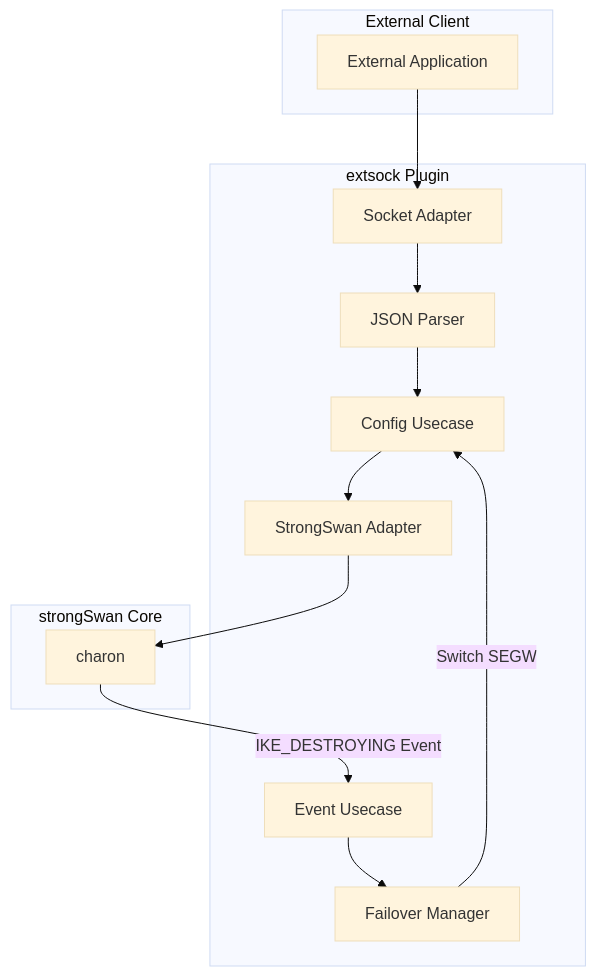
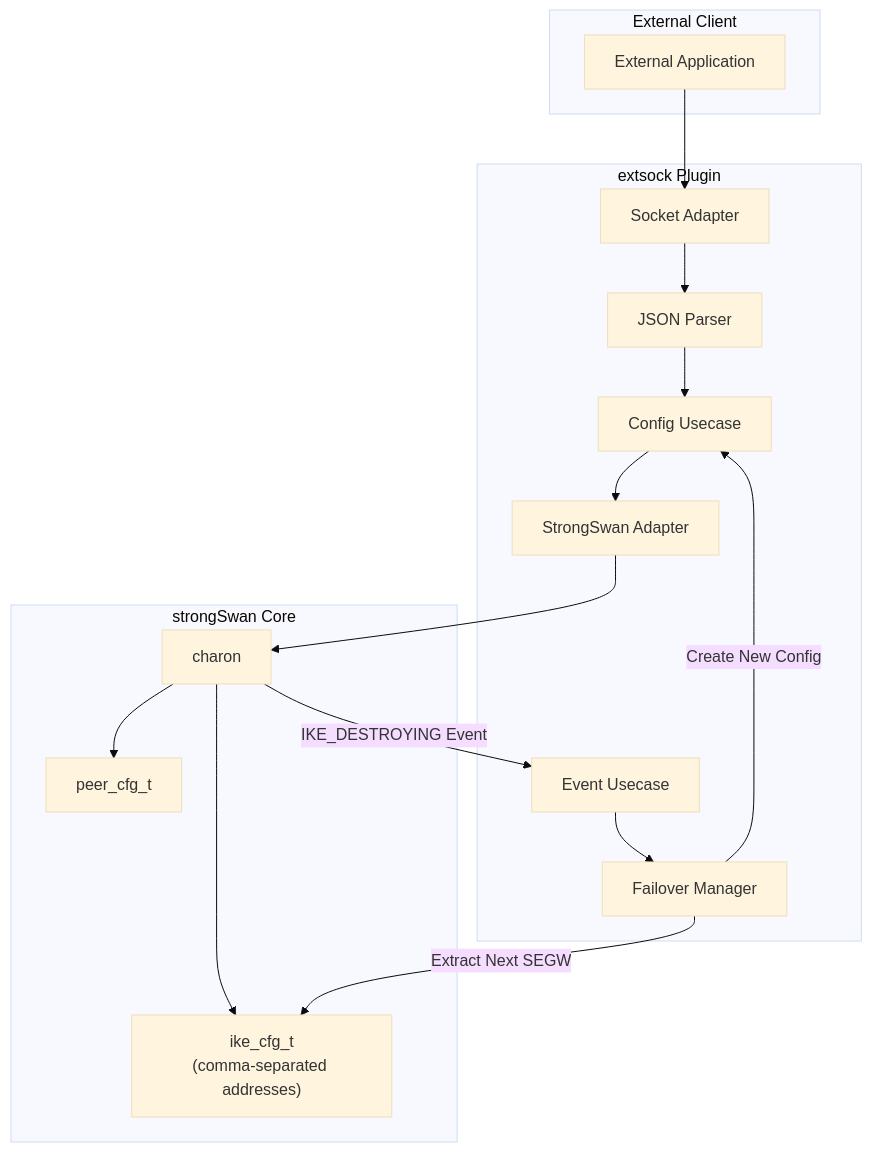
The first of 3 diagrams in src/libcharon/plugins/extsock/design/2nd_segw/2nd_segw_design.md (JiHuDad/strongswan), drawn with Mermaid (base theme) before and after one commit. The commit also changed other lines of this file, not shown here.

First line of the commit message:
Enhance design documentation for 2nd SEGW support in extsock plugin

````diff
--- a/src/libcharon/plugins/extsock/design/2nd_segw/2nd_segw_design.md
+++ b/src/libcharon/plugins/extsock/design/2nd_segw/2nd_segw_design.md
@@ -22,25 +144,30 @@
 ```mermaid
 graph TB
     subgraph "External Client"
         A["External Application"]
     end
     subgraph "extsock Plugin"
         B["Socket Adapter"]
         C["Config Usecase"]
         D["Event Usecase"]
         E["Failover Manager"]
         F["JSON Parser"]
         G["StrongSwan Adapter"]
     end
     subgraph "strongSwan Core"
         H["charon"]
+        I["ike_cfg_t<br/>(comma-separated addresses)"]
+        J["peer_cfg_t"]
     end
     A --> B
     B --> F
     F --> C
     C --> G
     G --> H
+    H --> I
+    H --> J
     H -- "IKE_DESTROYING Event" --> D
     D --> E
-    E -- "Switch SEGW" --> C
+    E -- "Extract Next SEGW" --> I
+    E -- "Create New Config" --> C
 ```
````
